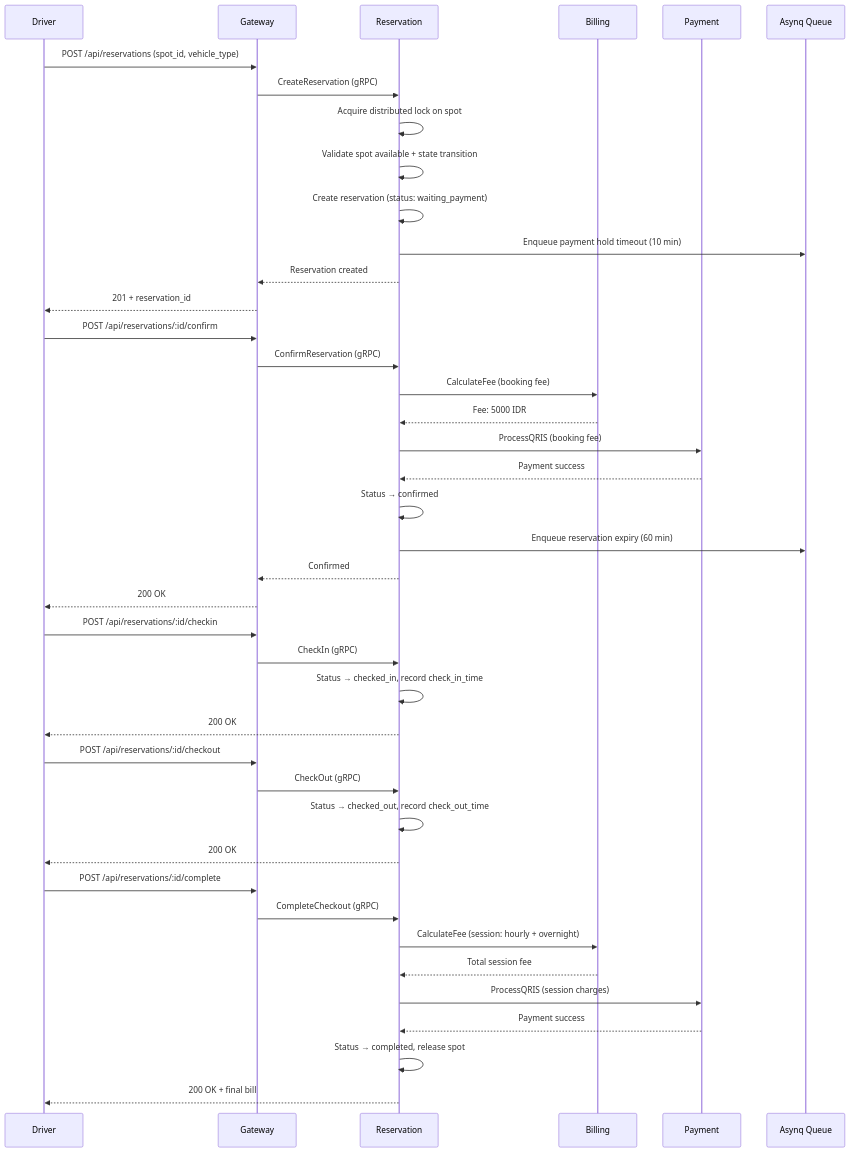
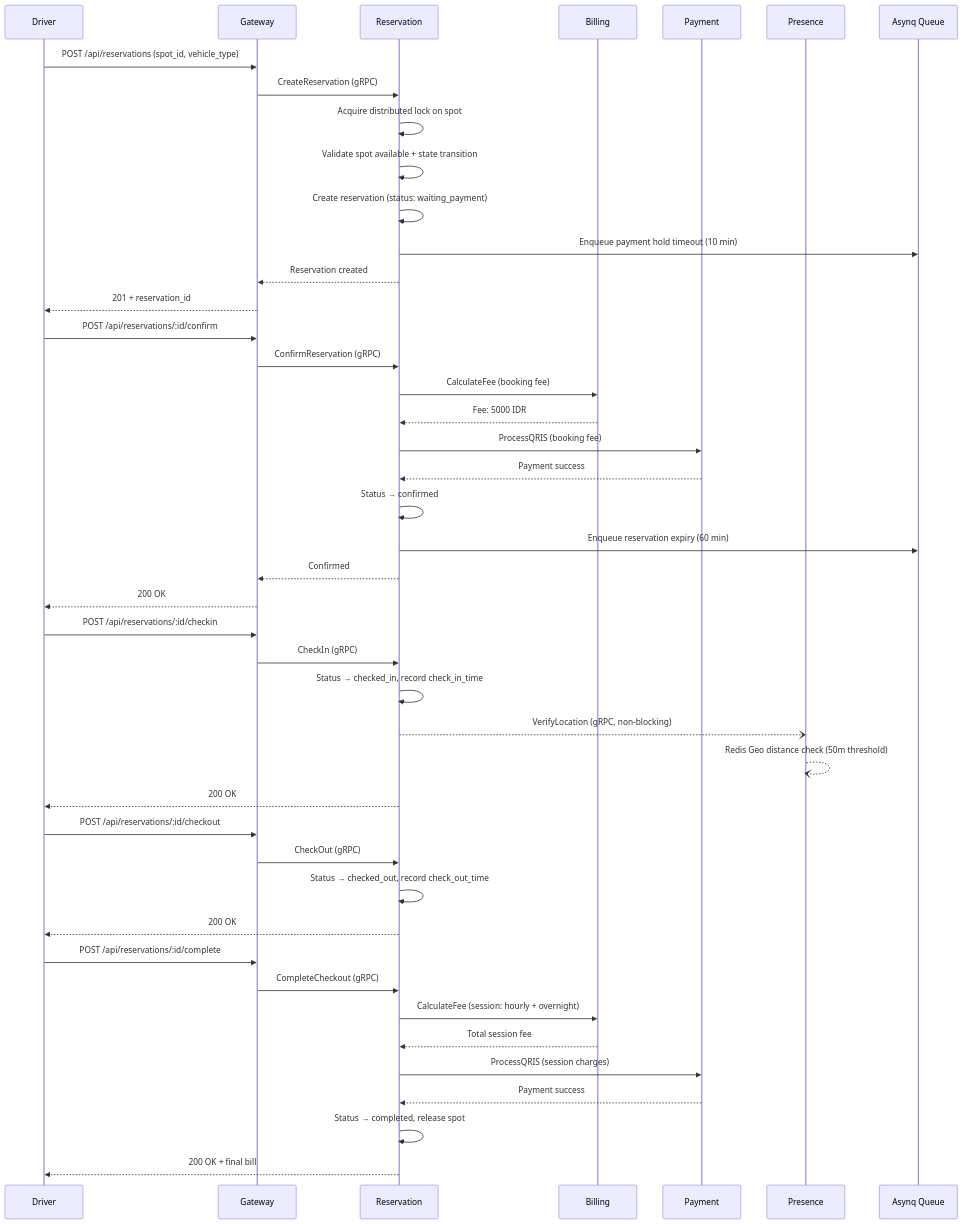
Before and after one commit to piresc/parkir-pintar: the third of 10 diagrams in README.md, drawn with Mermaid. The commit also changed other lines of this file and 18 other files, not shown here.

First line of the commit message:
refactor: replace GPS/Redis Geo presence with sensor-based spot verification

````diff
--- a/README.md
+++ b/README.md
@@ -125,48 +129,51 @@
 ```mermaid
 sequenceDiagram
     participant D as Driver
     participant GW as Gateway
     participant R as Reservation
     participant B as Billing
     participant P as Payment
+    participant PRES as Presence
     participant Q as Asynq Queue
 
     D->>GW: POST /api/reservations (spot_id, vehicle_type)
     GW->>R: CreateReservation (gRPC)
     R->>R: Acquire distributed lock on spot
     R->>R: Validate spot available + state transition
     R->>R: Create reservation (status: waiting_payment)
     R->>Q: Enqueue payment hold timeout (10 min)
     R-->>GW: Reservation created
     GW-->>D: 201 + reservation_id
 
     D->>GW: POST /api/reservations/:id/confirm
     GW->>R: ConfirmReservation (gRPC)
     R->>B: CalculateFee (booking fee)
     B-->>R: Fee: 5000 IDR
     R->>P: ProcessQRIS (booking fee)
     P-->>R: Payment success
     R->>R: Status → confirmed
     R->>Q: Enqueue reservation expiry (60 min)
     R-->>GW: Confirmed
     GW-->>D: 200 OK
 
     D->>GW: POST /api/reservations/:id/checkin
     GW->>R: CheckIn (gRPC)
     R->>R: Status → checked_in, record check_in_time
+    R--)PRES: VerifyLocation (gRPC, non-blocking)
+    PRES--)PRES: Redis Geo distance check (50m threshold)
     R-->>D: 200 OK
 
     D->>GW: POST /api/reservations/:id/checkout
     GW->>R: CheckOut (gRPC)
     R->>R: Status → checked_out, record check_out_time
     R-->>D: 200 OK
 
     D->>GW: POST /api/reservations/:id/complete
     GW->>R: CompleteCheckout (gRPC)
     R->>B: CalculateFee (session: hourly + overnight)
     B-->>R: Total session fee
     R->>P: ProcessQRIS (session charges)
     P-->>R: Payment success
     R->>R: Status → completed, release spot
     R-->>D: 200 OK + final bill
 ```
````
